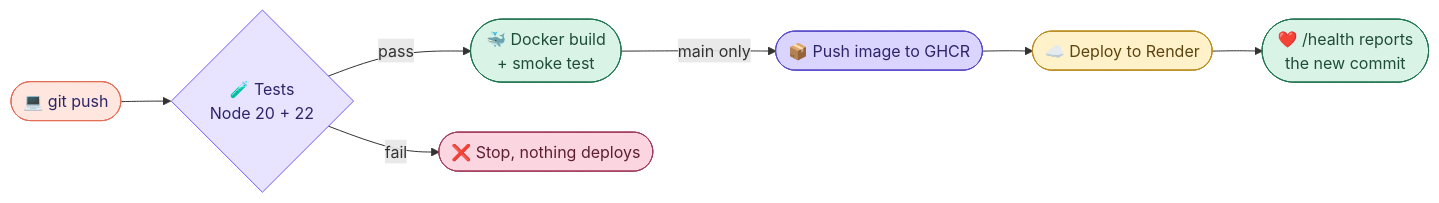
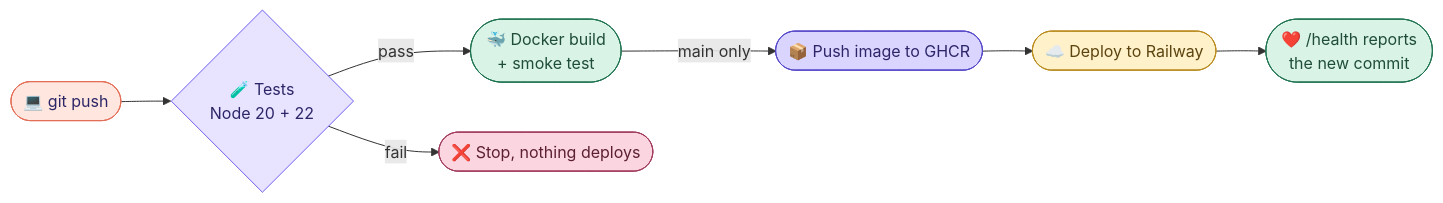
One commit to NoyaAdivi/evenly changed the diagram in README.md. Above: the diagram before and after it, drawn with Mermaid. The commit also changed other lines of this file and 4 other files, not shown here.

````diff
--- a/README.md
+++ b/README.md
@@ -100,16 +78,16 @@
 ```mermaid
 flowchart LR
   A([💻 git push]) --> B{🧪 Tests<br/>Node 20 + 22}
   B -->|pass| C([🐳 Docker build<br/>+ smoke test])
   B -->|fail| X([❌ Stop, nothing deploys])
   C -->|main only| D([📦 Push image to GHCR])
-  D --> E([☁️ Deploy to Render])
+  D --> E([☁️ Deploy to Railway])
   E --> F([❤️ /health reports<br/>the new commit])
   style A fill:#FFE6DE,stroke:#E36E57,color:#2C2668
   style B fill:#E8E4FF,stroke:#6F60F0,color:#2C2668
   style C fill:#D9F3E7,stroke:#1F7350,color:#1F4D38
   style X fill:#FBD5E0,stroke:#A03A5C,color:#5C1F33
   style D fill:#DAD5FF,stroke:#5548C8,color:#2C2668
   style E fill:#FFF1C9,stroke:#B98A1E,color:#5C4410
   style F fill:#D9F3E7,stroke:#1F7350,color:#1F4D38
 ```
````
